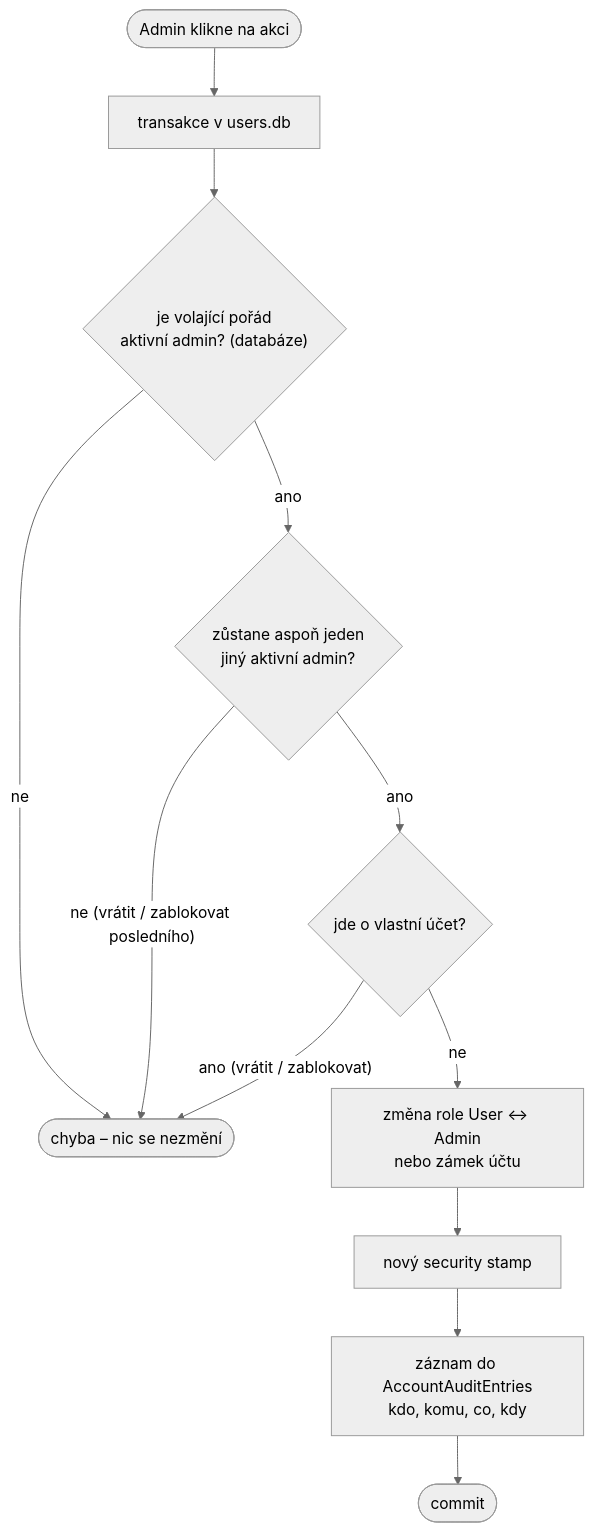
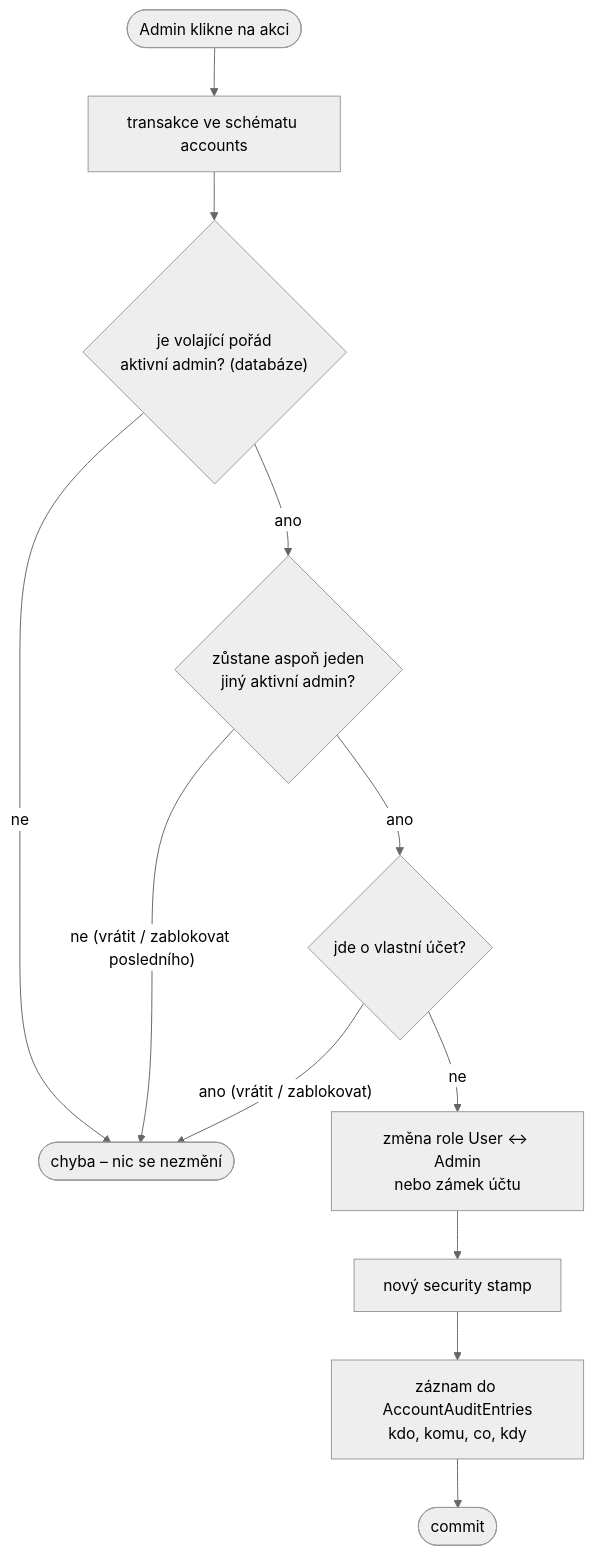
Before and after one commit to ftichy/MiniShop: the second of 6 diagrams in docs/prirucka/architektura/moduly/accounts.md, drawn with Mermaid (neutral theme). The commit also changed other lines of this file and 248 other files, not shown here.

````diff
--- a/docs/prirucka/architektura/moduly/accounts.md
+++ b/docs/prirucka/architektura/moduly/accounts.md
@@ -85,14 +85,14 @@
 ```mermaid
 flowchart TD
-    act(["Admin klikne na akci"]) --> tx["transakce v users.db"]
+    act(["Admin klikne na akci"]) --> tx["transakce ve schématu accounts"]
     tx --> actor{"je volající pořád<br/>aktivní admin? (databáze)"}
     actor -->|ne| fail(["chyba – nic se nezmění"])
     actor -->|ano| last{"zůstane aspoň jeden<br/>jiný aktivní admin?"}
     last -->|"ne (vrátit / zablokovat posledního)"| fail
     last -->|ano| self{"jde o vlastní účet?"}
     self -->|"ano (vrátit / zablokovat)"| fail
     self -->|ne| change["změna role User ↔ Admin<br/>nebo zámek účtu"]
     change --> stamp["nový security stamp"]
     stamp --> audit["záznam do AccountAuditEntries<br/>kdo, komu, co, kdy"]
     audit --> commit(["commit"])
 ```
````
